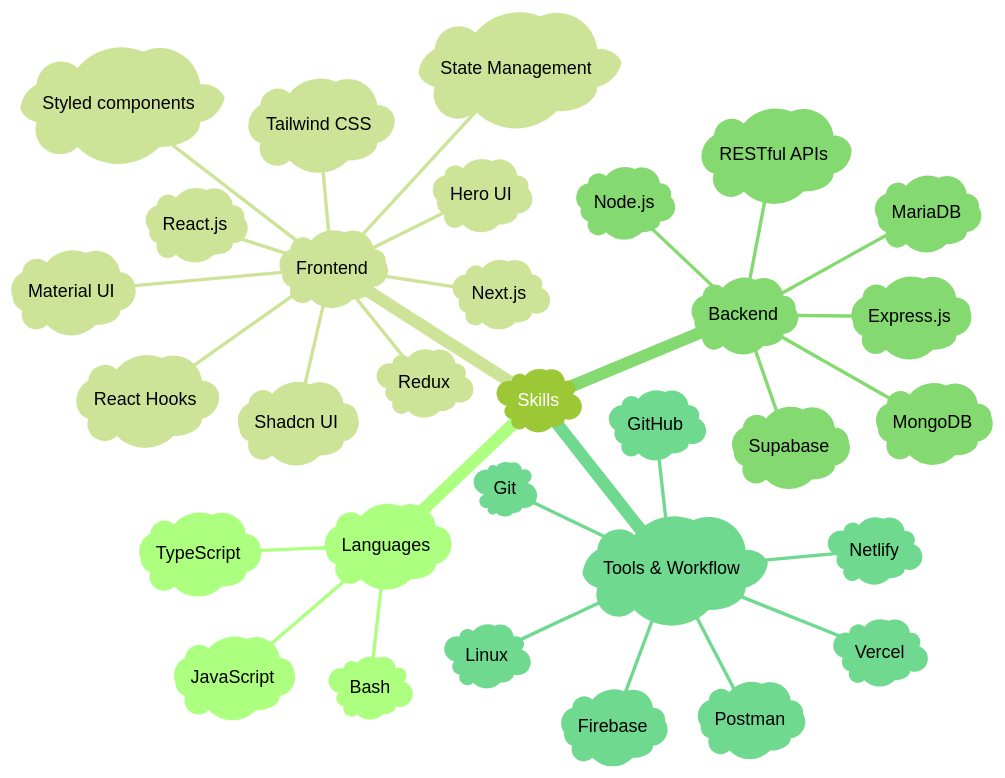
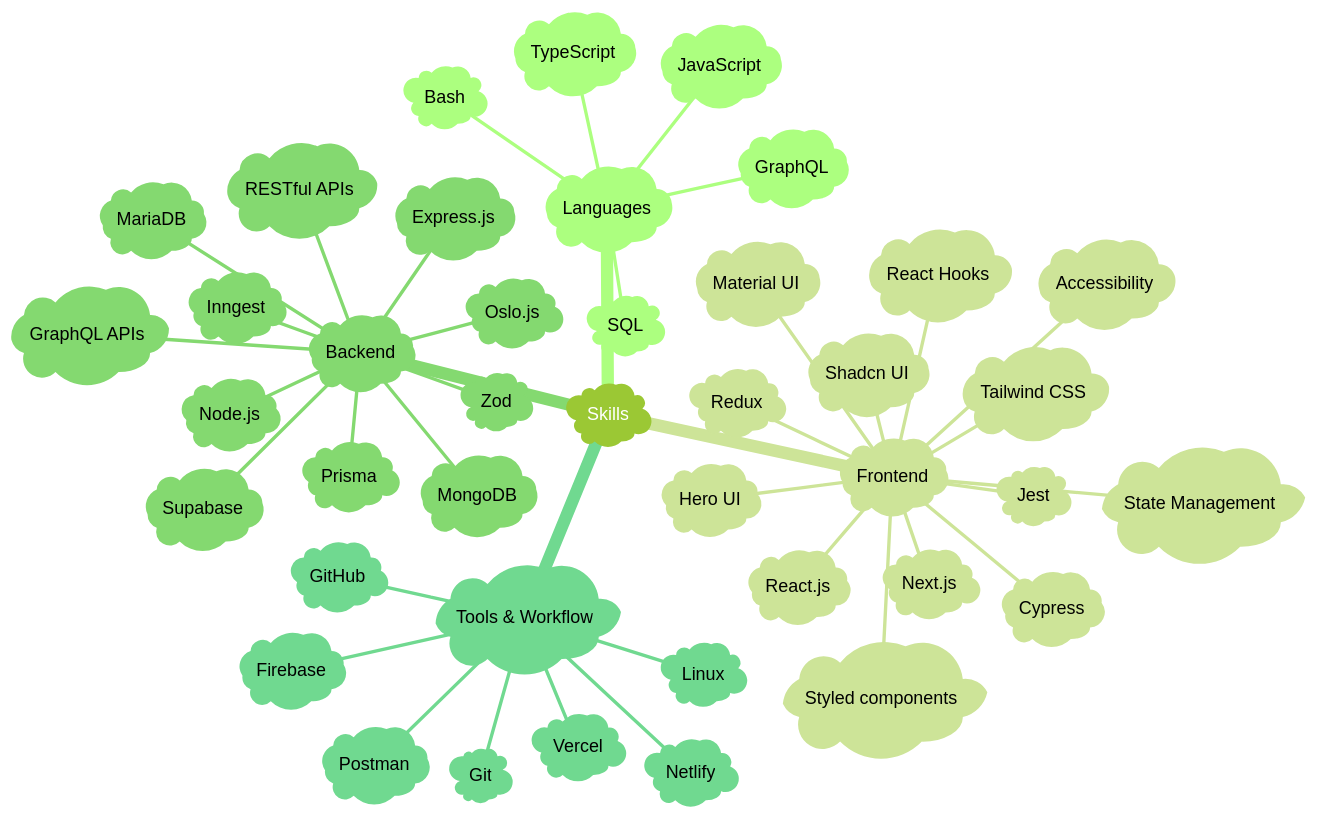
One commit to shantoopaul/shantoopaul changed the diagram in README.md. Above: the diagram before and after it, drawn with Mermaid.

Commit message:
trying out mindmaps

````diff
--- a/README.md
+++ b/README.md
@@ -31,38 +31,48 @@
 ```mermaid
 ---
 config:
   theme: 'forest'
 ---
 mindmap
     root)Skills(
         )Languages(
             )JavaScript(
             )TypeScript(
+            )GraphQL(
+            )SQL(
             )Bash(
         )Frontend(
             )React.js(
             )Next.js(
             )Redux(
             )React Hooks(
             )State Management(
             )Tailwind CSS(
             )Material UI(
             )Styled components(
             )Shadcn UI(            
             )Hero UI(
+            )Jest(
+            )Cypress(
+            )Accessibility(
         )Backend(
             )Node.js(
             )Express.js(
+            )Zod(
+            )Oslo.js(
+            )Prisma(
+            )Inngest(
             )MongoDB(
             )MariaDB(
             )Supabase(
+            )GraphQL APIs(
             )RESTful APIs(
         )Tools & Workflow(
             )Git(
             )GitHub(
             )Postman(
             )Vercel(
             )Netlify(
             )Firebase(
             )Linux(
 ```
````
